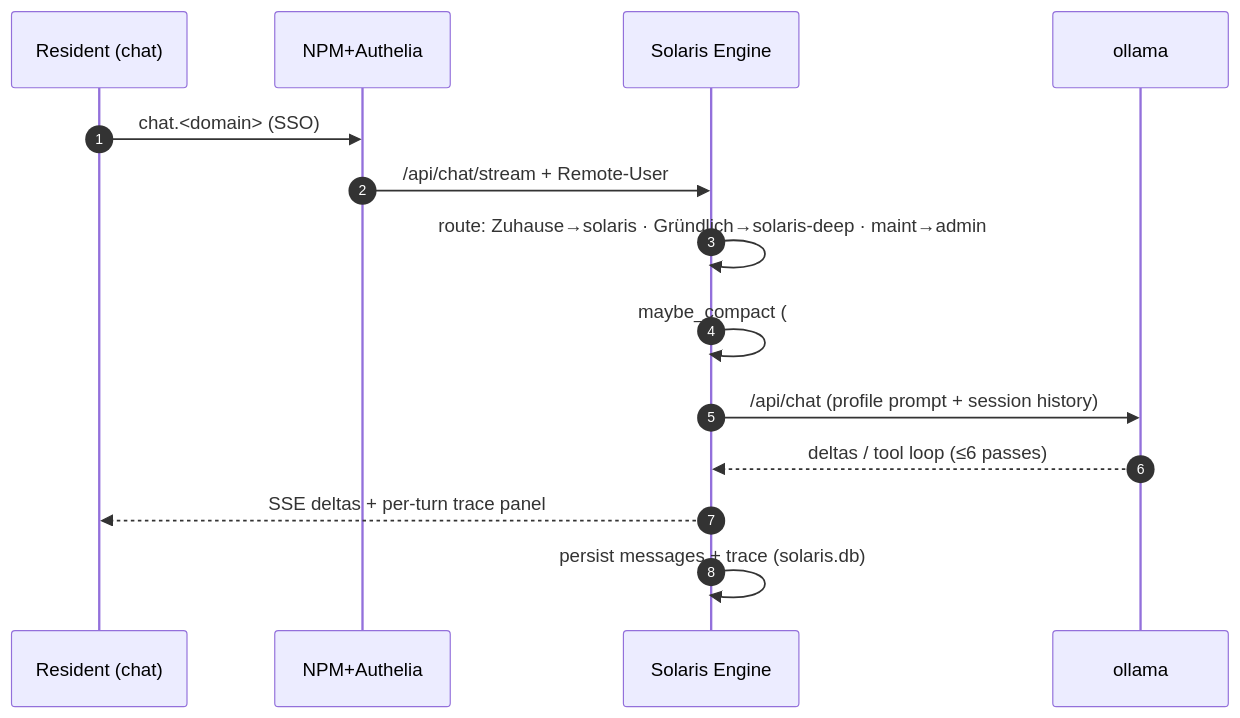
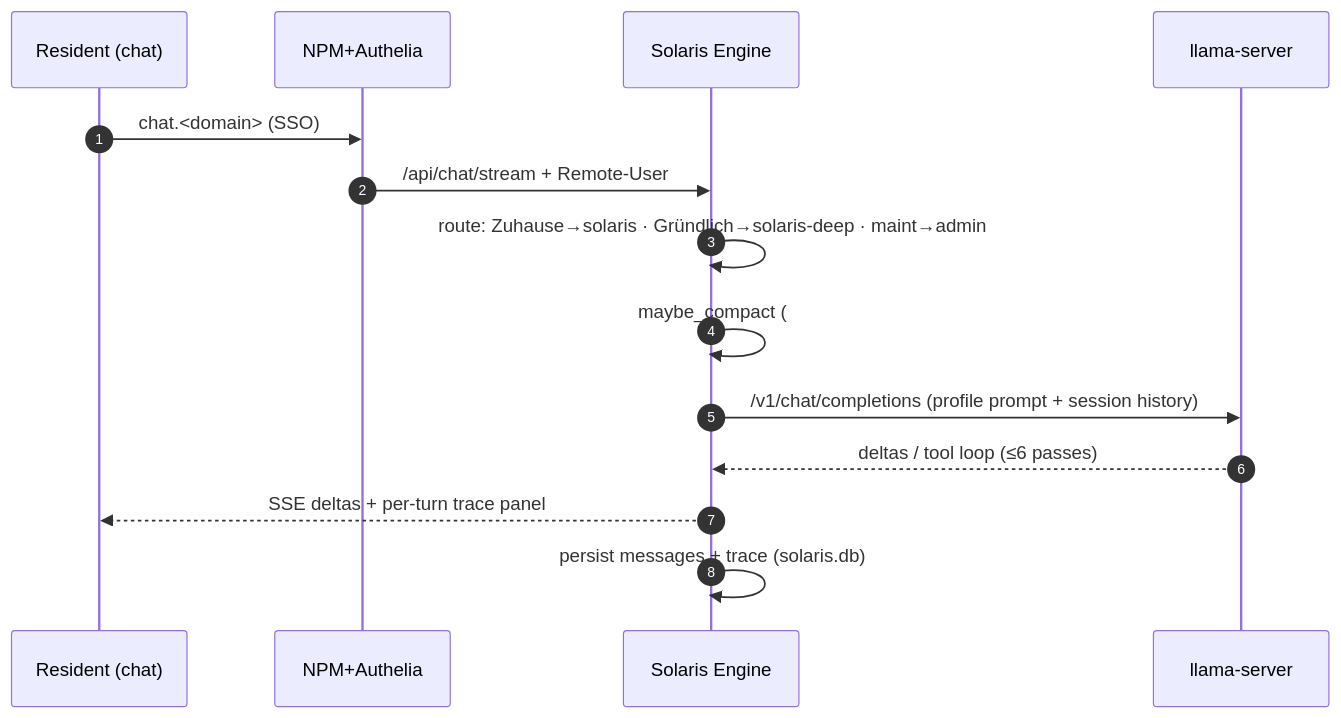
The third of 4 diagrams in solaris-architecture.md (mdopp/oscar), drawn with Mermaid before and after one commit. The commit also changed other lines of this file and 9 other files, not shown here.

First line of the commit message:
docs: anchor the llama-server concept and retire Ollama from the guides

````diff
--- a/solaris-architecture.md
+++ b/solaris-architecture.md
@@ -220,17 +273,17 @@
 ```mermaid
 sequenceDiagram
     autonumber
     participant U as Resident (chat)
     participant N as NPM+Authelia
     participant E as Solaris Engine
-    participant O as ollama
+    participant L as llama-server
 
     U->>N: chat.<domain> (SSO)
     N->>E: /api/chat/stream + Remote-User
     E->>E: route: Zuhause→solaris · Gründlich→solaris-deep · maint→admin
     E->>E: maybe_compact (#210), time hint, topic hint
-    E->>O: /api/chat (profile prompt + session history)
-    O-->>E: deltas / tool loop (≤6 passes)
+    E->>L: /v1/chat/completions (profile prompt + session history)
+    L-->>E: deltas / tool loop (≤6 passes)
     E-->>U: SSE deltas + per-turn trace panel
     E->>E: persist messages + trace (solaris.db)
 ```
````
